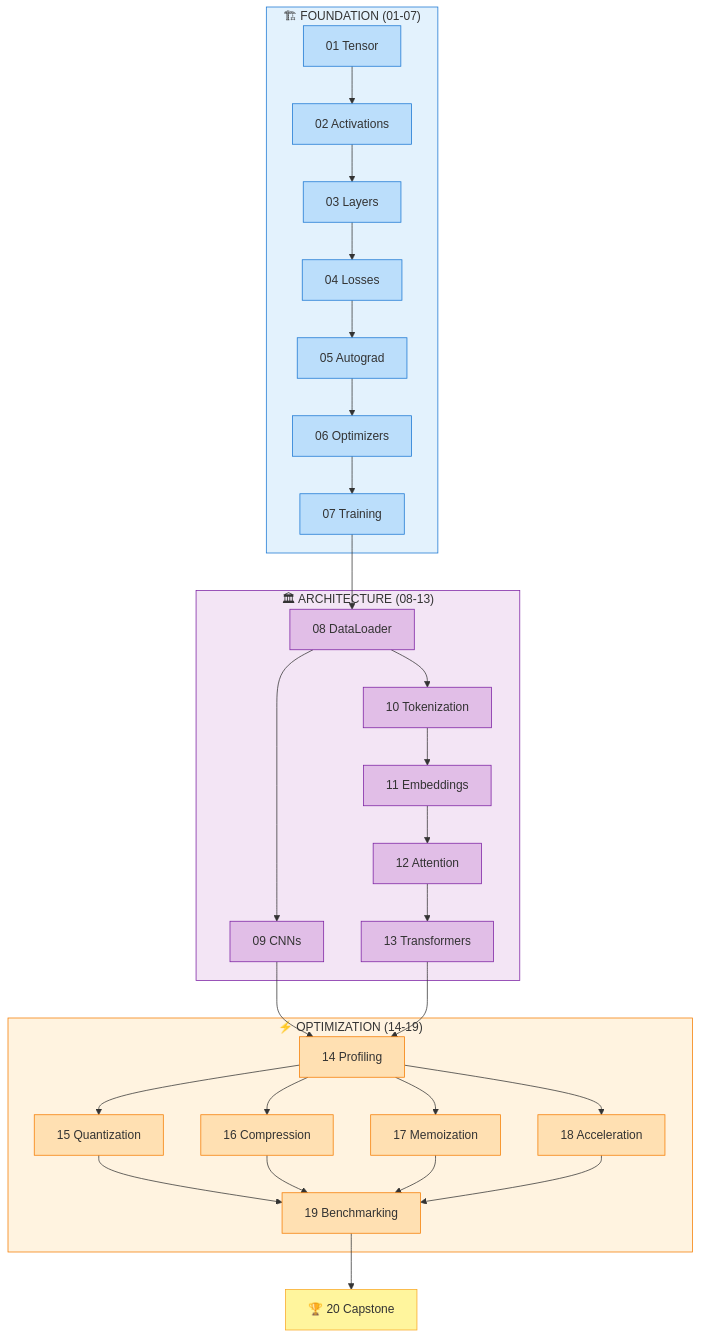
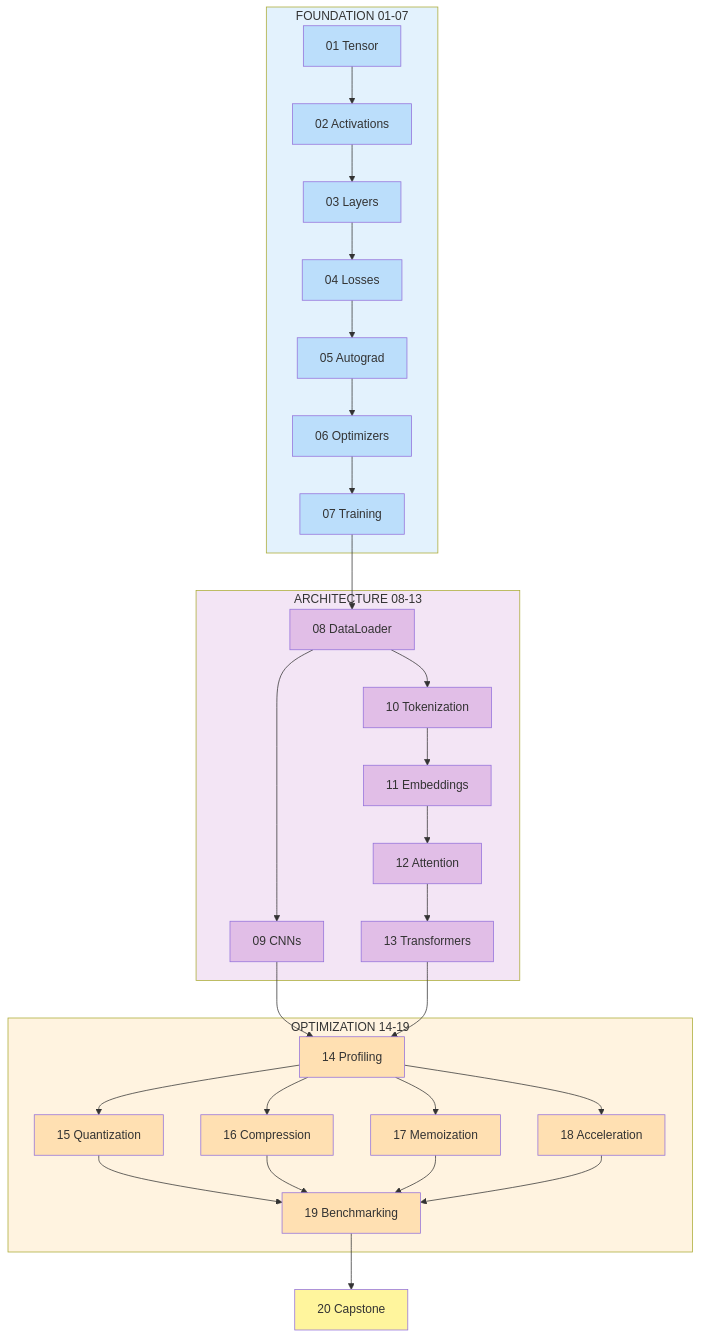
Before and after one commit to harvard-edge/cs249r_book: the diagram in tinytorch/site/big-picture.md, drawn with Mermaid. The commit also changed 12 other files, not shown here.

````diff
--- a/tinytorch/site/big-picture.md
+++ b/tinytorch/site/big-picture.md
@@ -21,62 +21,63 @@
 ```{mermaid}
 :align: center
+:caption: TinyTorch Module Flow
 graph TB
-    subgraph Foundation["🏗 FOUNDATION (01-07)"]
+    subgraph Foundation["FOUNDATION 01-07"]
         T[01 Tensor] --> A[02 Activations] --> L[03 Layers]
         L --> Loss[04 Losses] --> Auto[05 Autograd]
         Auto --> Opt[06 Optimizers] --> Train[07 Training]
     end
 
     Train --> Data[08 DataLoader]
 
-    subgraph Architecture["🏛 ARCHITECTURE (08-13)"]
+    subgraph Architecture["ARCHITECTURE 08-13"]
         Data --> Conv[09 CNNs]
         Data --> Tok[10 Tokenization]
         Tok --> Emb[11 Embeddings] --> Att[12 Attention] --> Trans[13 Transformers]
     end
 
     Conv --> Prof
     Trans --> Prof
 
-    subgraph Optimization["⚡ OPTIMIZATION (14-19)"]
+    subgraph Optimization["OPTIMIZATION 14-19"]
         Prof[14 Profiling]
-        Prof --> Quant[15 Quantization] & Comp[16 Compression]
-        Prof --> Memo[17 Memoization] & Accel[18 Acceleration]
-        Quant & Comp & Memo & Accel --> Bench[19 Benchmarking]
+        Prof --> Quant[15 Quantization]
+        Prof --> Comp[16 Compression]
+        Prof --> Memo[17 Memoization]
+        Prof --> Accel[18 Acceleration]
+        Quant --> Bench[19 Benchmarking]
+        Comp --> Bench
+        Memo --> Bench
+        Accel --> Bench
     end
 
-    Bench --> Cap[🏆 20 Capstone]
+    Bench --> Cap[20 Capstone]
 
-    %% Subgraph backgrounds
-    style Foundation fill:#e3f2fd,stroke:#1976d2
-    style Architecture fill:#f3e5f5,stroke:#7b1fa2
-    style Optimization fill:#fff3e0,stroke:#f57c00
+    style Foundation fill:#e3f2fd
+    style Architecture fill:#f3e5f5
+    style Optimization fill:#fff3e0
 
-    %% Foundation nodes (blue)
-    style T fill:#bbdefb,stroke:#1976d2
-    style A fill:#bbdefb,stroke:#1976d2
-    style L fill:#bbdefb,stroke:#1976d2
-    style Loss fill:#bbdefb,stroke:#1976d2
-    style Auto fill:#bbdefb,stroke:#1976d2
-    style Opt fill:#bbdefb,stroke:#1976d2
-    style Train fill:#bbdefb,stroke:#1976d2
+    style T fill:#bbdefb
+    style A fill:#bbdefb
+    style L fill:#bbdefb
+    style Loss fill:#bbdefb
+    style Auto fill:#bbdefb
+    style Opt fill:#bbdefb
+    style Train fill:#bbdefb
 
-    %% Architecture nodes (purple)
-    style Data fill:#e1bee7,stroke:#7b1fa2
-    style Conv fill:#e1bee7,stroke:#7b1fa2
-    style Tok fill:#e1bee7,stroke:#7b1fa2
-    style Emb fill:#e1bee7,stroke:#7b1fa2
-    style Att fill:#e1bee7,stroke:#7b1fa2
-    style Trans fill:#e1bee7,stroke:#7b1fa2
+    style Data fill:#e1bee7
+    style Conv fill:#e1bee7
+    style Tok fill:#e1bee7
+    style Emb fill:#e1bee7
+    style Att fill:#e1bee7
+    style Trans fill:#e1bee7
 
-    %% Optimization nodes (orange)
-    style Prof fill:#ffe0b2,stroke:#f57c00
-    style Quant fill:#ffe0b2,stroke:#f57c00
-    style Comp fill:#ffe0b2,stroke:#f57c00
-    style Memo fill:#ffe0b2,stroke:#f57c00
-    style Accel fill:#ffe0b2,stroke:#f57c00
-    style Bench fill:#ffe0b2,stroke:#f57c00
+    style Prof fill:#ffe0b2
+    style Quant fill:#ffe0b2
+    style Comp fill:#ffe0b2
+    style Memo fill:#ffe0b2
+    style Accel fill:#ffe0b2
+    style Bench fill:#ffe0b2
 
-    %% Capstone (gold)
-    style Cap fill:#fff59d,stroke:#f9a825
+    style Cap fill:#fff59d
 ```
````
